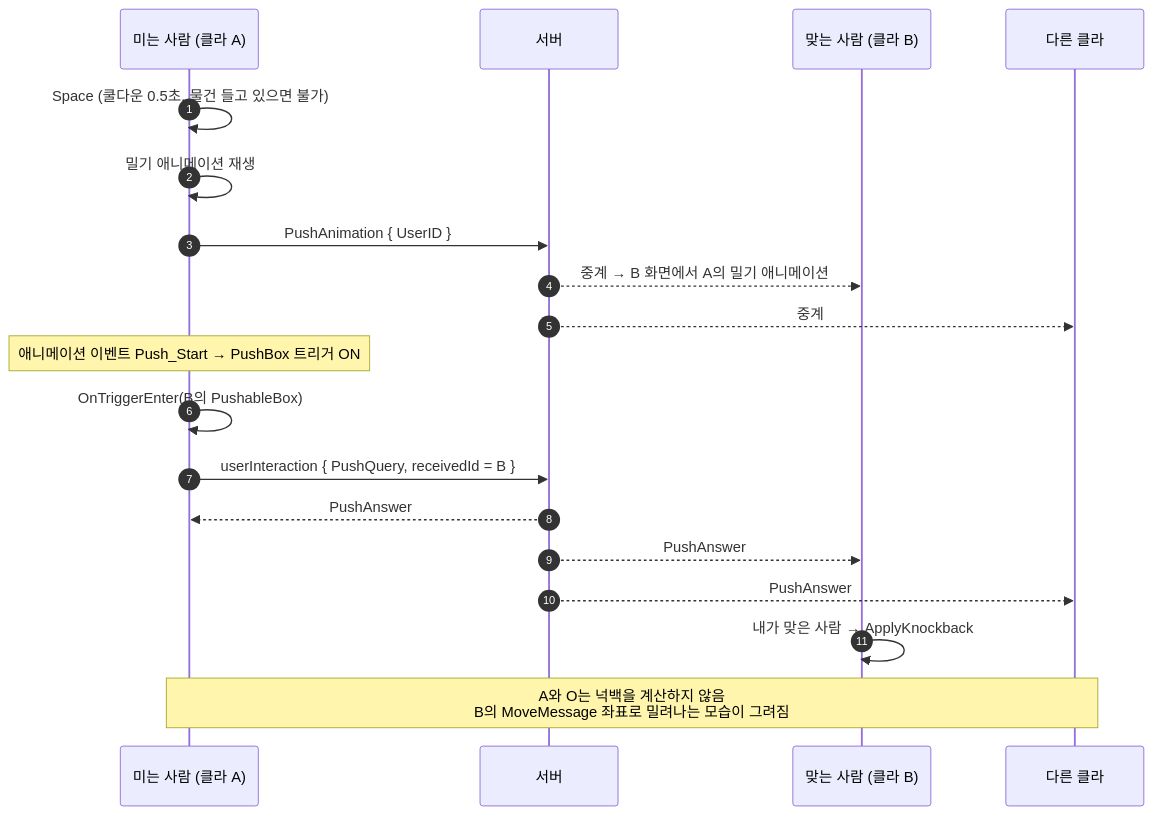
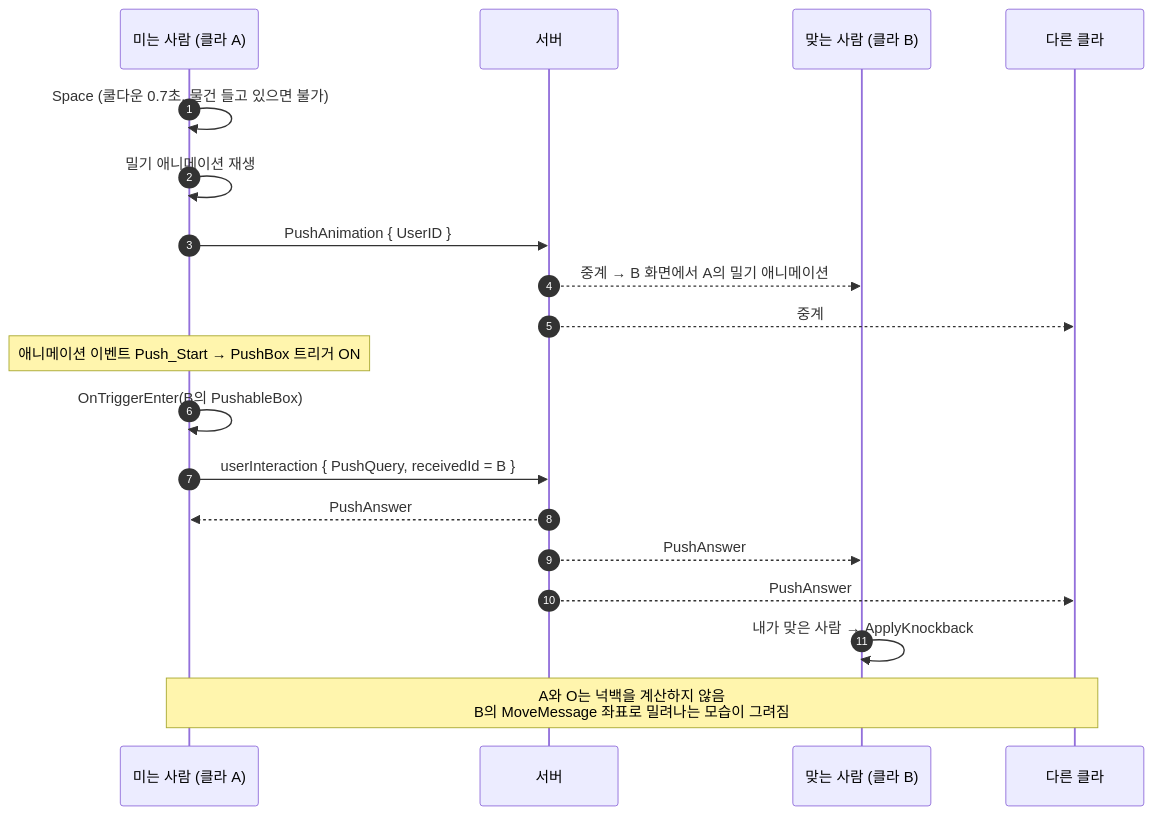
Before and after one commit to NaJungWon/portfolio: the fourth of 6 diagrams in src/01-market-liar/기술문서.md, drawn with Mermaid. The commit also changed other lines of this file and 10 other files, not shown here.

````diff
--- a/src/01-market-liar/기술문서.md
+++ b/src/01-market-liar/기술문서.md
@@ -370,22 +365,22 @@
 ```mermaid
 sequenceDiagram
     autonumber
     participant A as 미는 사람 (클라 A)
     participant SV as 서버
     participant B as 맞는 사람 (클라 B)
     participant O as 다른 클라
 
-    A->>A: Space (쿨다운 0.5초, 물건 들고 있으면 불가)
+    A->>A: Space (쿨다운 0.7초, 물건 들고 있으면 불가)
     A->>A: 밀기 애니메이션 재생
     A->>SV: PushAnimation { UserID }
     SV-->>B: 중계 → B 화면에서 A의 밀기 애니메이션
     SV-->>O: 중계
     Note over A: 애니메이션 이벤트 Push_Start → PushBox 트리거 ON
     A->>A: OnTriggerEnter(B의 PushableBox)
     A->>SV: userInteraction { PushQuery, receivedId = B }
     SV-->>A: PushAnswer
     SV-->>B: PushAnswer
     SV-->>O: PushAnswer
     B->>B: 내가 맞은 사람 → ApplyKnockback
     Note over A,O: A와 O는 넉백을 계산하지 않음<br/>B의 MoveMessage 좌표로 밀려나는 모습이 그려짐
 ```
````
